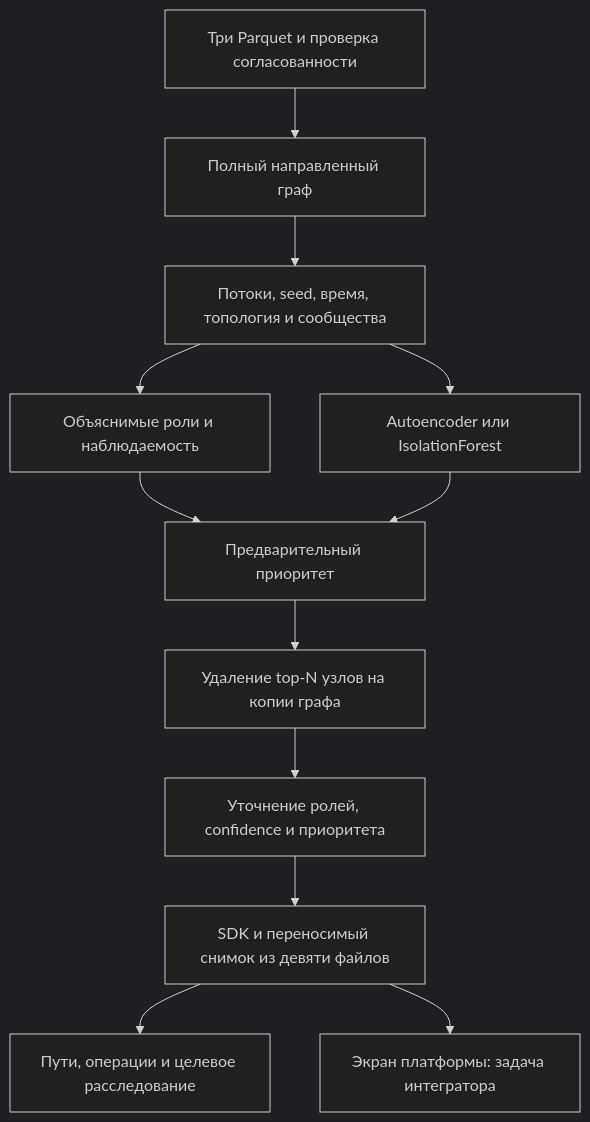
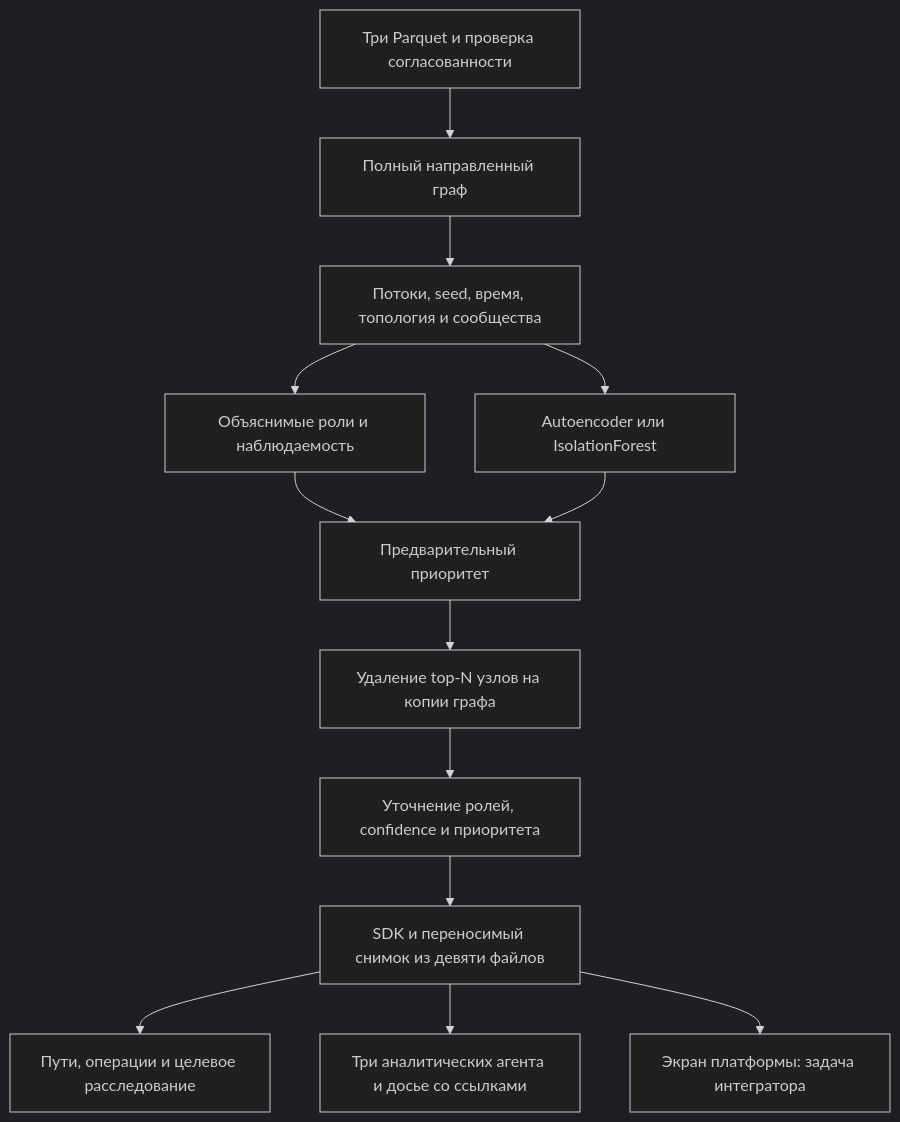
Before and after one commit to BAITC-Hacks/hack-c2a931d4-hackyou: the diagram in README.md, drawn with Mermaid (dark theme). The commit also changed other lines of this file and 6 other files, not shown here.

````diff
--- a/README.md
+++ b/README.md
@@ -131,14 +169,15 @@
 ```mermaid
 flowchart TD
     A[Три Parquet и проверка согласованности] --> B[Полный направленный граф]
     B --> C[Потоки, seed, время, топология и сообщества]
     C --> D[Объяснимые роли и наблюдаемость]
     C --> E[Autoencoder или IsolationForest]
     D --> F[Предварительный приоритет]
     E --> F
     F --> G[Удаление top-N узлов на копии графа]
     G --> H[Уточнение ролей, confidence и приоритета]
     H --> I[SDK и переносимый снимок из девяти файлов]
     I --> J[Пути, операции и целевое расследование]
+    I --> L[Три аналитических агента и досье со ссылками]
     I --> K[Экран платформы: задача интегратора]
 ```
````
